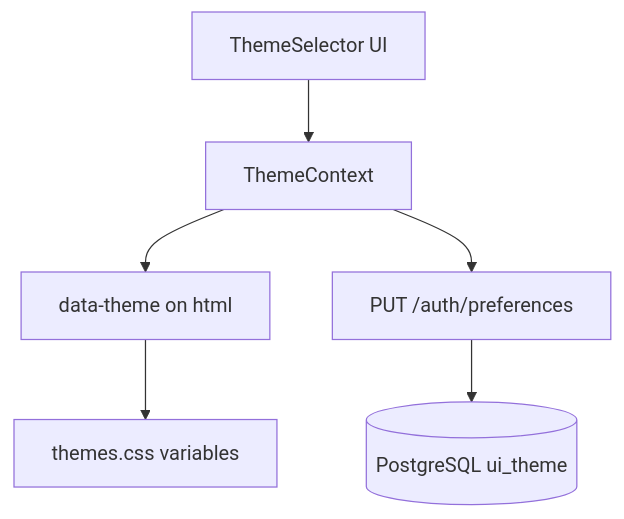
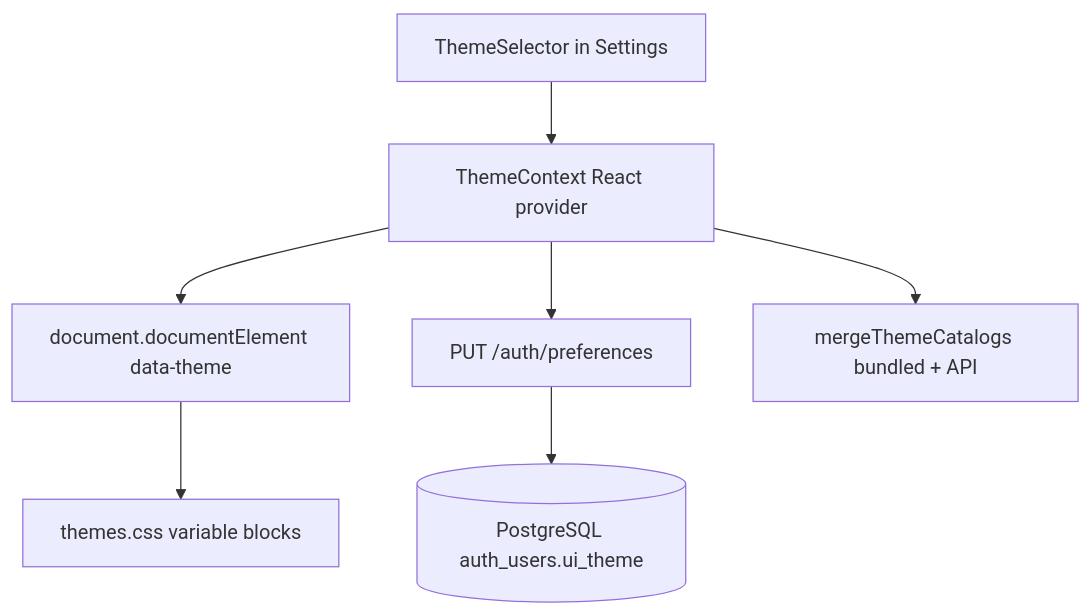
One commit to OferElboher/suspicious-email-triage changed the diagram in docs/ui_guide_color_themes.md. Above: the diagram before and after it, drawn with Mermaid. The commit also changed other lines of this file and 11 other files, not shown here.

````diff
--- a/docs/ui_guide_color_themes.md
+++ b/docs/ui_guide_color_themes.md
@@ -16,8 +43,9 @@
 ```mermaid
 flowchart TD
-  Picker[ThemeSelector UI] --> TC[ThemeContext]
-  TC --> DOM[data-theme on html]
-  DOM --> CSS[themes.css variables]
+  Picker[ThemeSelector in Settings] --> TC[ThemeContext React provider]
+  TC --> DOM["document.documentElement data-theme"]
+  DOM --> CSS[themes.css variable blocks]
   TC --> API[PUT /auth/preferences]
-  API --> PG[(PostgreSQL ui_theme)]
+  API --> PG[(PostgreSQL auth_users.ui_theme)]
+  TC --> Merge[mergeThemeCatalogs bundled + API]
 ```
````
